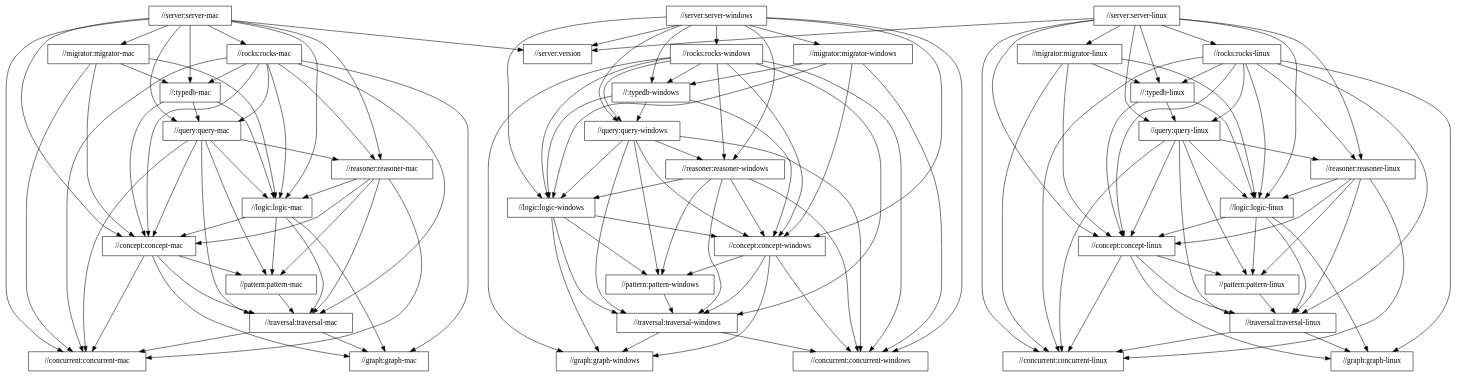
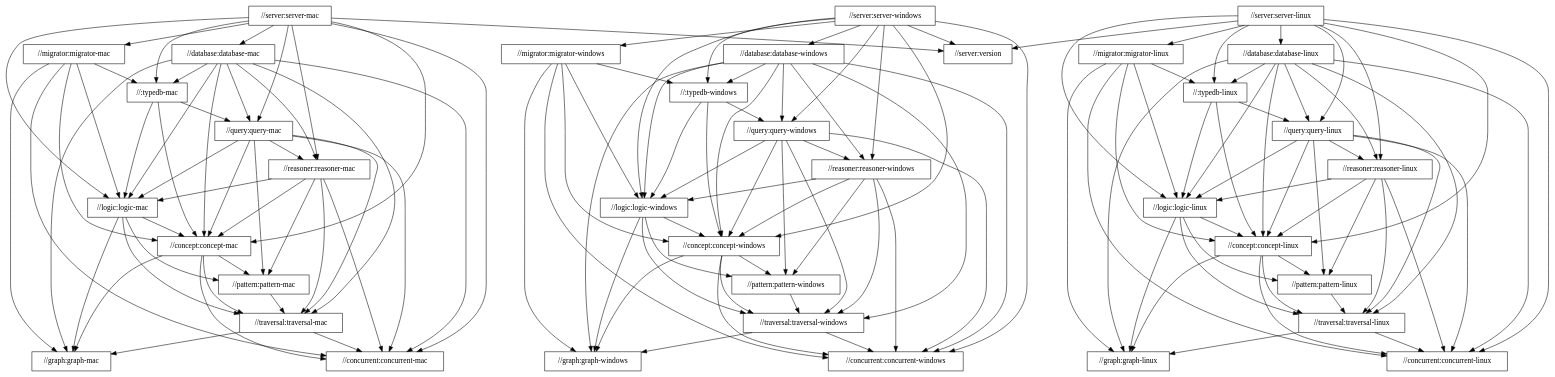
One commit to typedb/typedb changed the diagram in docs/package-structure.dot. Above: the diagram before and after it, drawn with Graphviz. The commit also changed 1 other file, not shown here.

```diff
--- a/docs/package-structure.dot
+++ b/docs/package-structure.dot
@@ -1,178 +1,181 @@
 digraph mygraph {
   node [shape=box];
   "//server:server-mac"
   "//server:server-mac" -> "//:typedb-mac"
   "//server:server-mac" -> "//server:version"
   "//server:server-mac" -> "//concept:concept-mac"
   "//server:server-mac" -> "//concurrent:concurrent-mac"
+  "//server:server-mac" -> "//database:database-mac"
   "//server:server-mac" -> "//logic:logic-mac"
   "//server:server-mac" -> "//migrator:migrator-mac"
   "//server:server-mac" -> "//query:query-mac"
   "//server:server-mac" -> "//reasoner:reasoner-mac"
-  "//server:server-mac" -> "//rocks:rocks-mac"
-  "//rocks:rocks-mac"
-  "//rocks:rocks-mac" -> "//:typedb-mac"
-  "//rocks:rocks-mac" -> "//traversal:traversal-mac"
-  "//rocks:rocks-mac" -> "//concept:concept-mac"
-  "//rocks:rocks-mac" -> "//concurrent:concurrent-mac"
-  "//rocks:rocks-mac" -> "//graph:graph-mac"
-  "//rocks:rocks-mac" -> "//logic:logic-mac"
-  "//rocks:rocks-mac" -> "//query:query-mac"
-  "//rocks:rocks-mac" -> "//reasoner:reasoner-mac"
   "//migrator:migrator-mac"
   "//migrator:migrator-mac" -> "//:typedb-mac"
   "//migrator:migrator-mac" -> "//concept:concept-mac"
   "//migrator:migrator-mac" -> "//concurrent:concurrent-mac"
+  "//migrator:migrator-mac" -> "//graph:graph-mac"
   "//migrator:migrator-mac" -> "//logic:logic-mac"
+  "//database:database-mac"
+  "//database:database-mac" -> "//:typedb-mac"
+  "//database:database-mac" -> "//traversal:traversal-mac"
+  "//database:database-mac" -> "//concept:concept-mac"
+  "//database:database-mac" -> "//concurrent:concurrent-mac"
+  "//database:database-mac" -> "//graph:graph-mac"
+  "//database:database-mac" -> "//logic:logic-mac"
+  "//database:database-mac" -> "//query:query-mac"
+  "//database:database-mac" -> "//reasoner:reasoner-mac"
   "//:typedb-mac"
   "//:typedb-mac" -> "//concept:concept-mac"
   "//:typedb-mac" -> "//logic:logic-mac"
   "//:typedb-mac" -> "//query:query-mac"
   "//query:query-mac"
   "//query:query-mac" -> "//traversal:traversal-mac"
   "//query:query-mac" -> "//concept:concept-mac"
   "//query:query-mac" -> "//concurrent:concurrent-mac"
   "//query:query-mac" -> "//logic:logic-mac"
   "//query:query-mac" -> "//pattern:pattern-mac"
   "//query:query-mac" -> "//reasoner:reasoner-mac"
   "//reasoner:reasoner-mac"
   "//reasoner:reasoner-mac" -> "//concept:concept-mac"
   "//reasoner:reasoner-mac" -> "//concurrent:concurrent-mac"
   "//reasoner:reasoner-mac" -> "//logic:logic-mac"
   "//reasoner:reasoner-mac" -> "//pattern:pattern-mac"
   "//reasoner:reasoner-mac" -> "//traversal:traversal-mac"
   "//logic:logic-mac"
   "//logic:logic-mac" -> "//concept:concept-mac"
   "//logic:logic-mac" -> "//graph:graph-mac"
   "//logic:logic-mac" -> "//pattern:pattern-mac"
   "//logic:logic-mac" -> "//traversal:traversal-mac"
   "//concept:concept-mac"
   "//concept:concept-mac" -> "//concurrent:concurrent-mac"
   "//concept:concept-mac" -> "//graph:graph-mac"
   "//concept:concept-mac" -> "//pattern:pattern-mac"
   "//concept:concept-mac" -> "//traversal:traversal-mac"
+  "//pattern:pattern-mac"
+  "//pattern:pattern-mac" -> "//traversal:traversal-mac"
+  "//traversal:traversal-mac"
+  "//traversal:traversal-mac" -> "//concurrent:concurrent-mac"
+  "//traversal:traversal-mac" -> "//graph:graph-mac"
+  "//graph:graph-mac"
+  "//concurrent:concurrent-mac"
   "//server:server-windows"
   "//server:server-windows" -> "//:typedb-windows"
   "//server:server-windows" -> "//server:version"
   "//server:server-windows" -> "//concept:concept-windows"
   "//server:server-windows" -> "//concurrent:concurrent-windows"
+  "//server:server-windows" -> "//database:database-windows"
   "//server:server-windows" -> "//logic:logic-windows"
   "//server:server-windows" -> "//migrator:migrator-windows"
   "//server:server-windows" -> "//query:query-windows"
   "//server:server-windows" -> "//reasoner:reasoner-windows"
-  "//server:server-windows" -> "//rocks:rocks-windows"
-  "//rocks:rocks-windows"
-  "//rocks:rocks-windows" -> "//:typedb-windows"
-  "//rocks:rocks-windows" -> "//traversal:traversal-windows"
-  "//rocks:rocks-windows" -> "//concept:concept-windows"
-  "//rocks:rocks-windows" -> "//concurrent:concurrent-windows"
-  "//rocks:rocks-windows" -> "//graph:graph-windows"
-  "//rocks:rocks-windows" -> "//logic:logic-windows"
-  "//rocks:rocks-windows" -> "//query:query-windows"
-  "//rocks:rocks-windows" -> "//reasoner:reasoner-windows"
-  "//server:server-linux"
-  "//server:server-linux" -> "//:typedb-linux"
-  "//server:server-linux" -> "//server:version"
-  "//server:server-linux" -> "//concept:concept-linux"
-  "//server:server-linux" -> "//concurrent:concurrent-linux"
-  "//server:server-linux" -> "//logic:logic-linux"
-  "//server:server-linux" -> "//migrator:migrator-linux"
-  "//server:server-linux" -> "//query:query-linux"
-  "//server:server-linux" -> "//reasoner:reasoner-linux"
-  "//server:server-linux" -> "//rocks:rocks-linux"
-  "//rocks:rocks-linux"
-  "//rocks:rocks-linux" -> "//:typedb-linux"
-  "//rocks:rocks-linux" -> "//traversal:traversal-linux"
-  "//rocks:rocks-linux" -> "//concept:concept-linux"
-  "//rocks:rocks-linux" -> "//concurrent:concurrent-linux"
-  "//rocks:rocks-linux" -> "//graph:graph-linux"
-  "//rocks:rocks-linux" -> "//logic:logic-linux"
-  "//rocks:rocks-linux" -> "//query:query-linux"
-  "//rocks:rocks-linux" -> "//reasoner:reasoner-linux"
-  "//migrator:migrator-linux"
-  "//migrator:migrator-linux" -> "//:typedb-linux"
-  "//migrator:migrator-linux" -> "//concept:concept-linux"
-  "//migrator:migrator-linux" -> "//concurrent:concurrent-linux"
-  "//migrator:migrator-linux" -> "//logic:logic-linux"
-  "//pattern:pattern-mac"
-  "//pattern:pattern-mac" -> "//traversal:traversal-mac"
-  "//traversal:traversal-mac"
-  "//traversal:traversal-mac" -> "//concurrent:concurrent-mac"
-  "//traversal:traversal-mac" -> "//graph:graph-mac"
-  "//concurrent:concurrent-mac"
-  "//server:version"
-  "//:typedb-linux"
-  "//:typedb-linux" -> "//concept:concept-linux"
-  "//:typedb-linux" -> "//logic:logic-linux"
-  "//:typedb-linux" -> "//query:query-linux"
-  "//query:query-linux"
-  "//query:query-linux" -> "//traversal:traversal-linux"
-  "//query:query-linux" -> "//concept:concept-linux"
-  "//query:query-linux" -> "//concurrent:concurrent-linux"
-  "//query:query-linux" -> "//logic:logic-linux"
-  "//query:query-linux" -> "//pattern:pattern-linux"
-  "//query:query-linux" -> "//reasoner:reasoner-linux"
-  "//reasoner:reasoner-linux"
-  "//reasoner:reasoner-linux" -> "//concept:concept-linux"
-  "//reasoner:reasoner-linux" -> "//concurrent:concurrent-linux"
-  "//reasoner:reasoner-linux" -> "//logic:logic-linux"
-  "//reasoner:reasoner-linux" -> "//pattern:pattern-linux"
-  "//reasoner:reasoner-linux" -> "//traversal:traversal-linux"
-  "//logic:logic-linux"
-  "//logic:logic-linux" -> "//concept:concept-linux"
-  "//logic:logic-linux" -> "//graph:graph-linux"
-  "//logic:logic-linux" -> "//pattern:pattern-linux"
-  "//logic:logic-linux" -> "//traversal:traversal-linux"
-  "//concept:concept-linux"
-  "//concept:concept-linux" -> "//concurrent:concurrent-linux"
-  "//concept:concept-linux" -> "//graph:graph-linux"
-  "//concept:concept-linux" -> "//pattern:pattern-linux"
-  "//concept:concept-linux" -> "//traversal:traversal-linux"
+  "//database:database-windows"
+  "//database:database-windows" -> "//:typedb-windows"
+  "//database:database-windows" -> "//traversal:traversal-windows"
+  "//database:database-windows" -> "//concept:concept-windows"
+  "//database:database-windows" -> "//concurrent:concurrent-windows"
+  "//database:database-windows" -> "//graph:graph-windows"
+  "//database:database-windows" -> "//logic:logic-windows"
+  "//database:database-windows" -> "//query:query-windows"
+  "//database:database-windows" -> "//reasoner:reasoner-windows"
   "//migrator:migrator-windows"
   "//migrator:migrator-windows" -> "//:typedb-windows"
   "//migrator:migrator-windows" -> "//concept:concept-windows"
   "//migrator:migrator-windows" -> "//concurrent:concurrent-windows"
+  "//migrator:migrator-windows" -> "//graph:graph-windows"
   "//migrator:migrator-windows" -> "//logic:logic-windows"
   "//:typedb-windows"
   "//:typedb-windows" -> "//concept:concept-windows"
   "//:typedb-windows" -> "//logic:logic-windows"
   "//:typedb-windows" -> "//query:query-windows"
   "//query:query-windows"
   "//query:query-windows" -> "//traversal:traversal-windows"
   "//query:query-windows" -> "//concept:concept-windows"
   "//query:query-windows" -> "//concurrent:concurrent-windows"
   "//query:query-windows" -> "//logic:logic-windows"
   "//query:query-windows" -> "//pattern:pattern-windows"
   "//query:query-windows" -> "//reasoner:reasoner-windows"
   "//reasoner:reasoner-windows"
   "//reasoner:reasoner-windows" -> "//concept:concept-windows"
   "//reasoner:reasoner-windows" -> "//concurrent:concurrent-windows"
   "//reasoner:reasoner-windows" -> "//logic:logic-windows"
   "//reasoner:reasoner-windows" -> "//pattern:pattern-windows"
   "//reasoner:reasoner-windows" -> "//traversal:traversal-windows"
+  "//server:server-linux"
+  "//server:server-linux" -> "//:typedb-linux"
+  "//server:server-linux" -> "//server:version"
+  "//server:server-linux" -> "//concept:concept-linux"
+  "//server:server-linux" -> "//concurrent:concurrent-linux"
+  "//server:server-linux" -> "//database:database-linux"
+  "//server:server-linux" -> "//logic:logic-linux"
+  "//server:server-linux" -> "//migrator:migrator-linux"
+  "//server:server-linux" -> "//query:query-linux"
+  "//server:server-linux" -> "//reasoner:reasoner-linux"
+  "//migrator:migrator-linux"
+  "//migrator:migrator-linux" -> "//:typedb-linux"
+  "//migrator:migrator-linux" -> "//concept:concept-linux"
+  "//migrator:migrator-linux" -> "//concurrent:concurrent-linux"
+  "//migrator:migrator-linux" -> "//graph:graph-linux"
+  "//migrator:migrator-linux" -> "//logic:logic-linux"
+  "//database:database-linux"
+  "//database:database-linux" -> "//:typedb-linux"
+  "//database:database-linux" -> "//traversal:traversal-linux"
+  "//database:database-linux" -> "//concept:concept-linux"
+  "//database:database-linux" -> "//concurrent:concurrent-linux"
+  "//database:database-linux" -> "//graph:graph-linux"
+  "//database:database-linux" -> "//logic:logic-linux"
+  "//database:database-linux" -> "//query:query-linux"
+  "//database:database-linux" -> "//reasoner:reasoner-linux"
+  "//:typedb-linux"
+  "//:typedb-linux" -> "//concept:concept-linux"
+  "//:typedb-linux" -> "//logic:logic-linux"
+  "//:typedb-linux" -> "//query:query-linux"
+  "//query:query-linux"
+  "//query:query-linux" -> "//traversal:traversal-linux"
+  "//query:query-linux" -> "//concept:concept-linux"
+  "//query:query-linux" -> "//concurrent:concurrent-linux"
+  "//query:query-linux" -> "//logic:logic-linux"
+  "//query:query-linux" -> "//pattern:pattern-linux"
+  "//query:query-linux" -> "//reasoner:reasoner-linux"
   "//logic:logic-windows"
   "//logic:logic-windows" -> "//concept:concept-windows"
   "//logic:logic-windows" -> "//graph:graph-windows"
   "//logic:logic-windows" -> "//pattern:pattern-windows"
   "//logic:logic-windows" -> "//traversal:traversal-windows"
   "//concept:concept-windows"
   "//concept:concept-windows" -> "//concurrent:concurrent-windows"
   "//concept:concept-windows" -> "//graph:graph-windows"
   "//concept:concept-windows" -> "//pattern:pattern-windows"
   "//concept:concept-windows" -> "//traversal:traversal-windows"
   "//pattern:pattern-windows"
   "//pattern:pattern-windows" -> "//traversal:traversal-windows"
   "//traversal:traversal-windows"
   "//traversal:traversal-windows" -> "//concurrent:concurrent-windows"
   "//traversal:traversal-windows" -> "//graph:graph-windows"
   "//graph:graph-windows"
   "//concurrent:concurrent-windows"
-  "//graph:graph-mac"
+  "//server:version"
+  "//reasoner:reasoner-linux"
+  "//reasoner:reasoner-linux" -> "//concept:concept-linux"
+  "//reasoner:reasoner-linux" -> "//concurrent:concurrent-linux"
+  "//reasoner:reasoner-linux" -> "//logic:logic-linux"
+  "//reasoner:reasoner-linux" -> "//pattern:pattern-linux"
+  "//reasoner:reasoner-linux" -> "//traversal:traversal-linux"
+  "//logic:logic-linux"
+  "//logic:logic-linux" -> "//concept:concept-linux"
+  "//logic:logic-linux" -> "//graph:graph-linux"
+  "//logic:logic-linux" -> "//pattern:pattern-linux"
+  "//logic:logic-linux" -> "//traversal:traversal-linux"
+  "//concept:concept-linux"
+  "//concept:concept-linux" -> "//concurrent:concurrent-linux"
+  "//concept:concept-linux" -> "//graph:graph-linux"
+  "//concept:concept-linux" -> "//pattern:pattern-linux"
+  "//concept:concept-linux" -> "//traversal:traversal-linux"
   "//pattern:pattern-linux"
   "//pattern:pattern-linux" -> "//traversal:traversal-linux"
   "//traversal:traversal-linux"
   "//traversal:traversal-linux" -> "//concurrent:concurrent-linux"
   "//traversal:traversal-linux" -> "//graph:graph-linux"
   "//graph:graph-linux"
   "//concurrent:concurrent-linux"
 }
```
